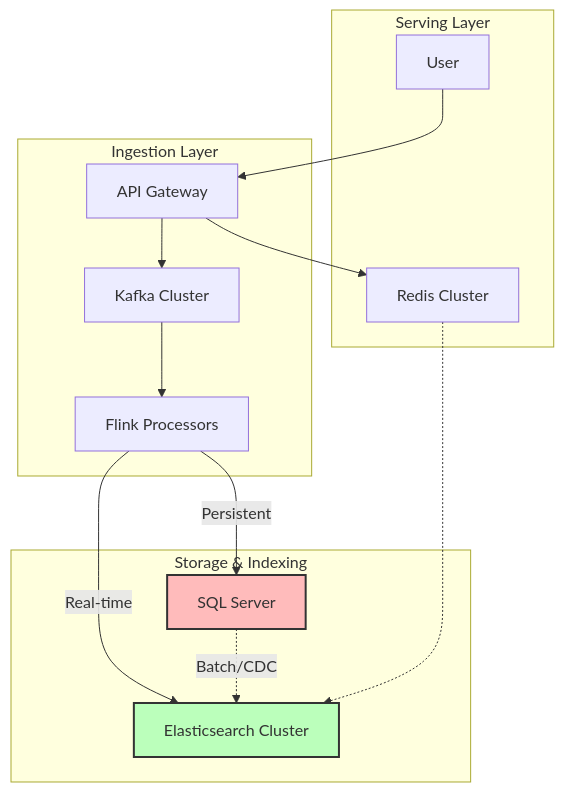
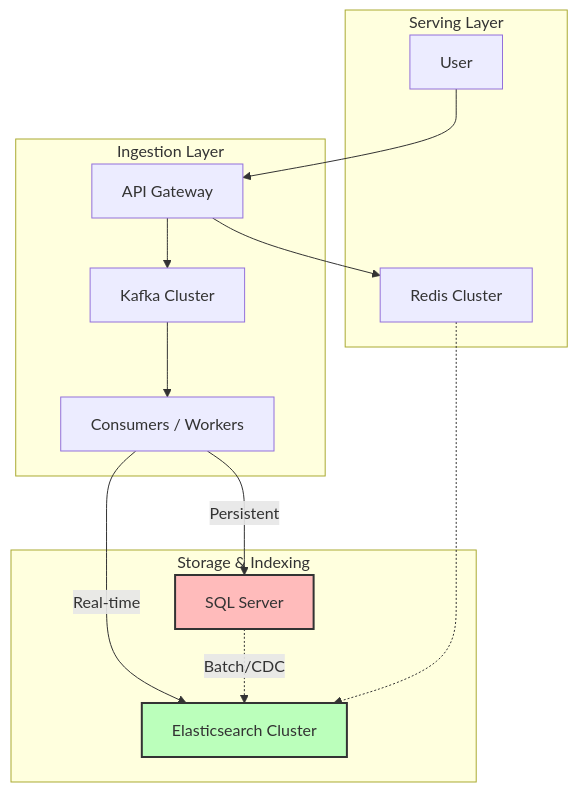
Before and after one commit to dadenegarco/serach-engine: the diagram in consultation_summary.md, drawn with Mermaid. The commit also changed other lines of this file, not shown here.

````diff
--- a/consultation_summary.md
+++ b/consultation_summary.md
@@ -23,22 +23,22 @@
 ```mermaid
 graph TB
     subgraph "Ingestion Layer"
         API[API Gateway] --> K[Kafka Cluster]
-        K --> F[Flink Processors]
+        K --> C[Consumers / Workers]
     end
 
     subgraph "Storage & Indexing"
-        F -->|Real-time| ES[Elasticsearch Cluster]
-        F -->|Persistent| SQL[SQL Server]
+        C -->|Real-time| ES[Elasticsearch Cluster]
+        C -->|Persistent| SQL[SQL Server]
         SQL -.->|Batch/CDC| ES
     end
 
     subgraph "Serving Layer"
         User --> API
         API --> Cache[Redis Cluster]
         Cache -.-> ES
     end
 
     style ES fill:#bfb,stroke:#333,stroke-width:2px
     style SQL fill:#fbb,stroke:#333,stroke-width:2px
 ```
````
